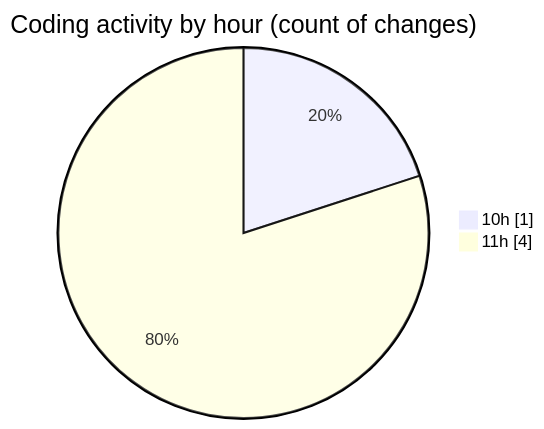
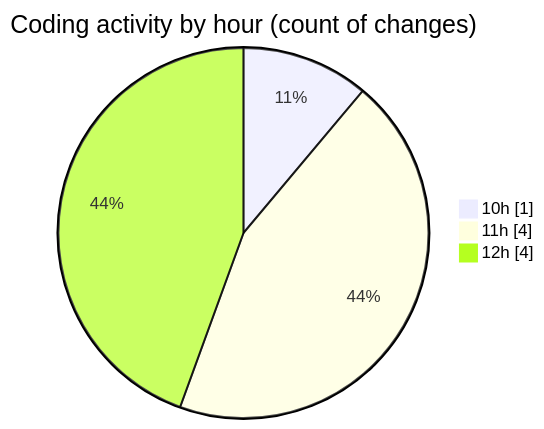
Before and after one commit to nxtqubesakshisongat/code-tracking: the second of 2 diagrams in 2026-03-24/nxtqube_webapp/README.md, drawn with Mermaid. The commit also changed other lines of this file and 1 other file, not shown here.

````diff
--- a/2026-03-24/nxtqube_webapp/README.md
+++ b/2026-03-24/nxtqube_webapp/README.md
@@ -31,6 +31,7 @@
 ```mermaid
 pie showData
 title Coding activity by hour (count of changes)
 "10h" : 1
 "11h" : 4
+"12h" : 4
 ```
````
